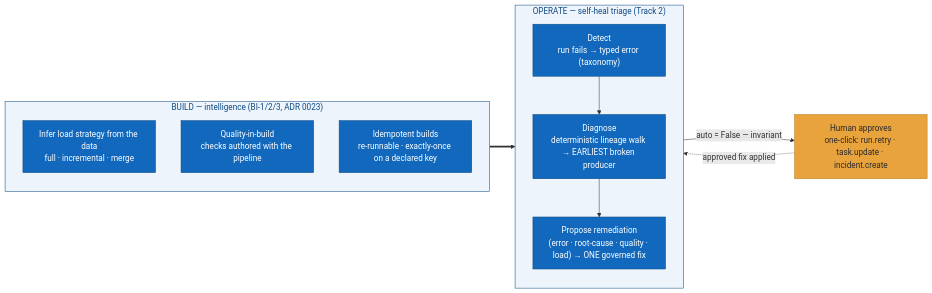
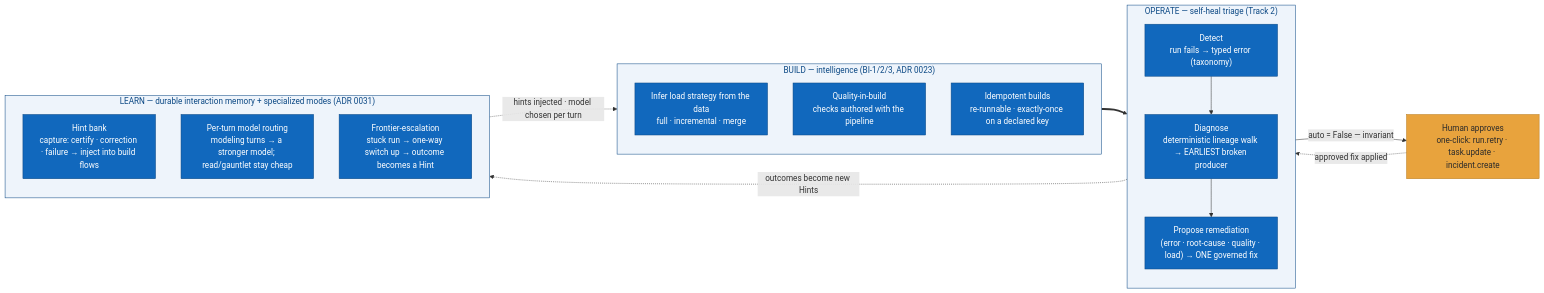
Before and after one commit to numan98khan/datadex-architecture: diagram 17 of 20 in MERMAID.md, drawn with Mermaid. The commit also changed other lines of this file and 3 other files, not shown here.

First line of the commit message:
docs: refresh architecture mirror for the current platform state

````diff
--- a/MERMAID.md
+++ b/MERMAID.md
@@ -526,25 +596,34 @@
 ```mermaid
 flowchart LR
   subgraph build["BUILD — intelligence (BI-1/2/3, ADR 0023)"]
     direction TB
     b1["Infer load strategy from the data<br/>full · incremental · merge"]:::container
     b2["Quality-in-build<br/>checks authored with the pipeline"]:::container
     b3["Idempotent builds<br/>re-runnable · exactly-once on a declared key"]:::container
   end
   subgraph operate["OPERATE — self-heal triage (Track 2)"]
     direction TB
     detect["Detect<br/>run fails → typed error (taxonomy)"]:::container
     diagnose["Diagnose<br/>deterministic lineage walk → EARLIEST broken producer"]:::container
     propose["Propose remediation<br/>(error · root-cause · quality · load) → ONE governed fix"]:::container
     detect --> diagnose --> propose
   end
+  subgraph learn["LEARN — durable interaction memory + specialized modes (ADR 0031)"]
+    direction TB
+    hints["Hint bank<br/>capture: certify · correction · failure → inject into build flows"]:::container
+    route["Per-turn model routing<br/>modeling turns → a stronger model; read/gauntlet stay cheap"]:::container
+    esc["Frontier-escalation<br/>stuck run → one-way switch up → outcome becomes a Hint"]:::container
+  end
   human["Human approves<br/>one-click: run.retry · task.update · incident.create"]:::gate
   build ==> operate
   propose -->|"auto = False — invariant"| human
   human -.->|"approved fix applied"| operate
+  learn -.->|"hints injected · model chosen per turn"| build
+  operate -.->|"outcomes become new Hints"| learn
 
   classDef container fill:#1168bd,stroke:#0b4884,color:#fff;
   classDef gate fill:#e8a33d,stroke:#b97e22,color:#2b2b2b;
   style build fill:#eef4fb,stroke:#0b4884,color:#0b4884
   style operate fill:#eef4fb,stroke:#0b4884,color:#0b4884
+  style learn fill:#eef4fb,stroke:#0b4884,color:#0b4884
 ```
````
